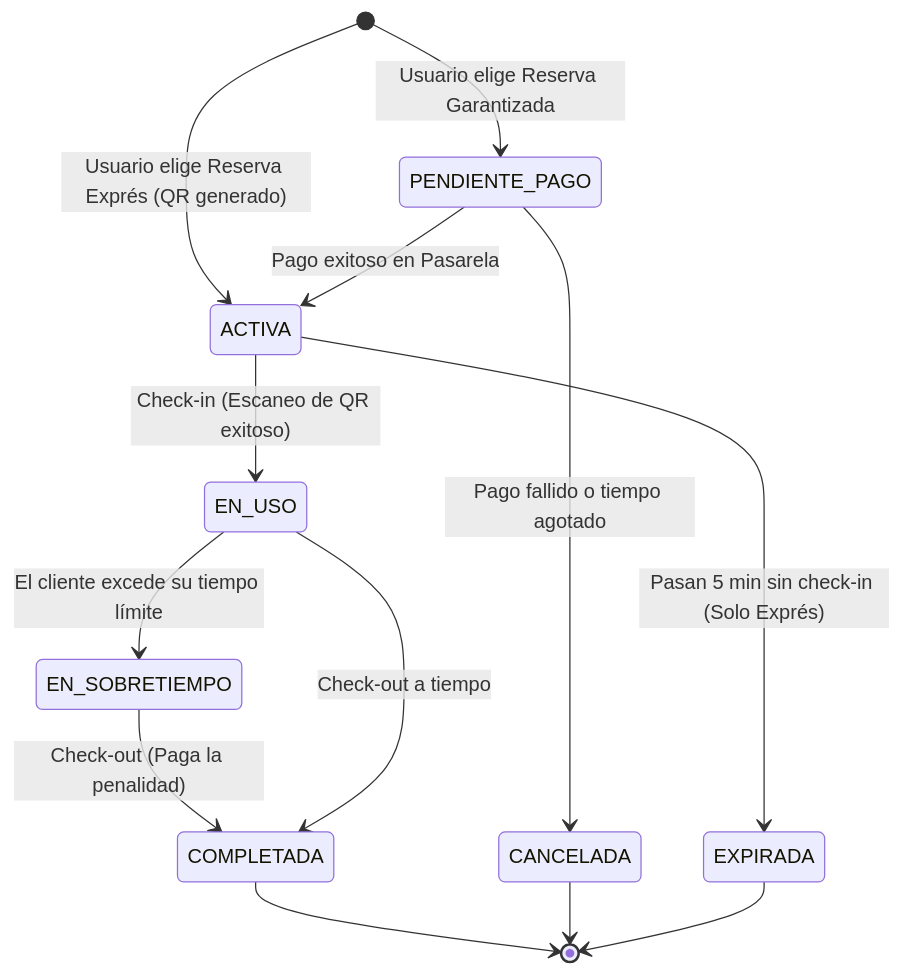
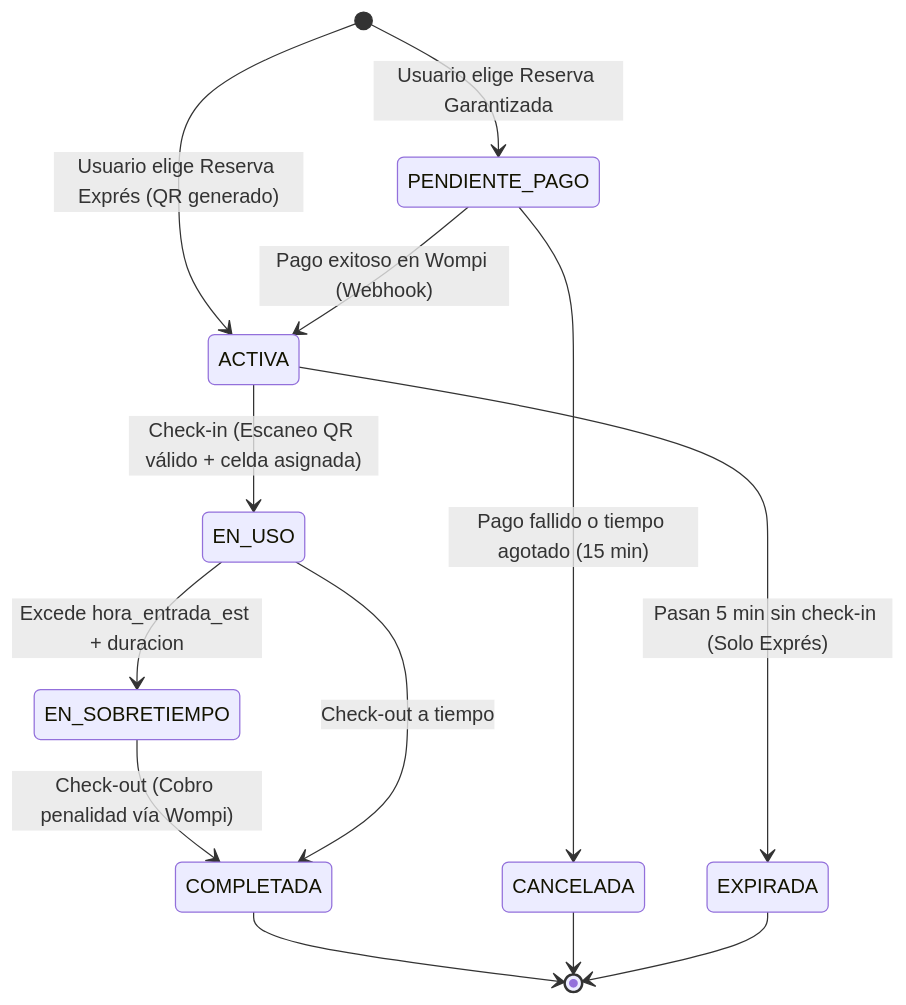
One commit to Amospad/Locify changed the second of 2 diagrams in docs/docs/tecnico/referencia/modelo-datos.md. Above: the diagram before and after it, drawn with Mermaid. The commit also changed other lines of this file and 13 other files, not shown here.

````diff
--- a/docs/docs/tecnico/referencia/modelo-datos.md
+++ b/docs/docs/tecnico/referencia/modelo-datos.md
@@ -127,20 +182,19 @@
 ```mermaid
 stateDiagram-v2
     [*] --> PENDIENTE_PAGO : Usuario elige Reserva Garantizada
     [*] --> ACTIVA : Usuario elige Reserva Exprés (QR generado)
     
-    PENDIENTE_PAGO --> ACTIVA : Pago exitoso en Pasarela
-    PENDIENTE_PAGO --> CANCELADA : Pago fallido o tiempo agotado
+    PENDIENTE_PAGO --> ACTIVA : Pago exitoso en Wompi (Webhook)
+    PENDIENTE_PAGO --> CANCELADA : Pago fallido o tiempo agotado (15 min)
     
-    ACTIVA --> EN_USO : Check-in (Escaneo de QR exitoso)
+    ACTIVA --> EN_USO : Check-in (Escaneo QR válido + celda asignada)
     ACTIVA --> EXPIRADA : Pasan 5 min sin check-in (Solo Exprés)
     
-    EN_USO --> EN_SOBRETIEMPO : El cliente excede su tiempo límite
-    EN_SOBRETIEMPO --> COMPLETADA : Check-out (Paga la penalidad)
+    EN_USO --> EN_SOBRETIEMPO : Excede hora_entrada_est + duracion
+    EN_SOBRETIEMPO --> COMPLETADA : Check-out (Cobro penalidad vía Wompi)
     
     EN_USO --> COMPLETADA : Check-out a tiempo
-    
     COMPLETADA --> [*]
     CANCELADA --> [*]
     EXPIRADA --> [*]
 ```
````
